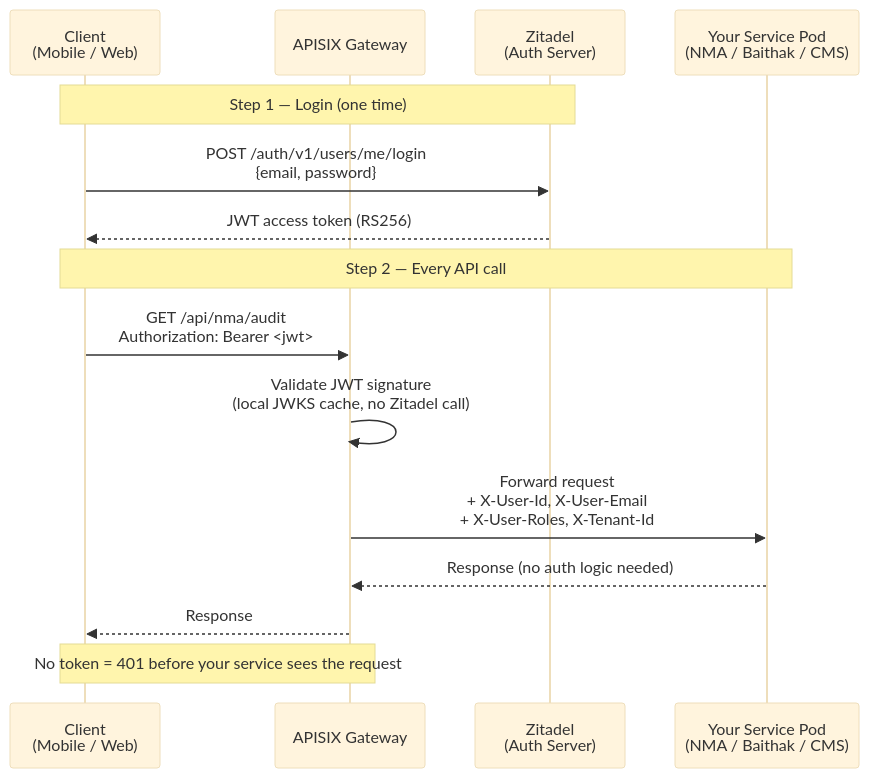
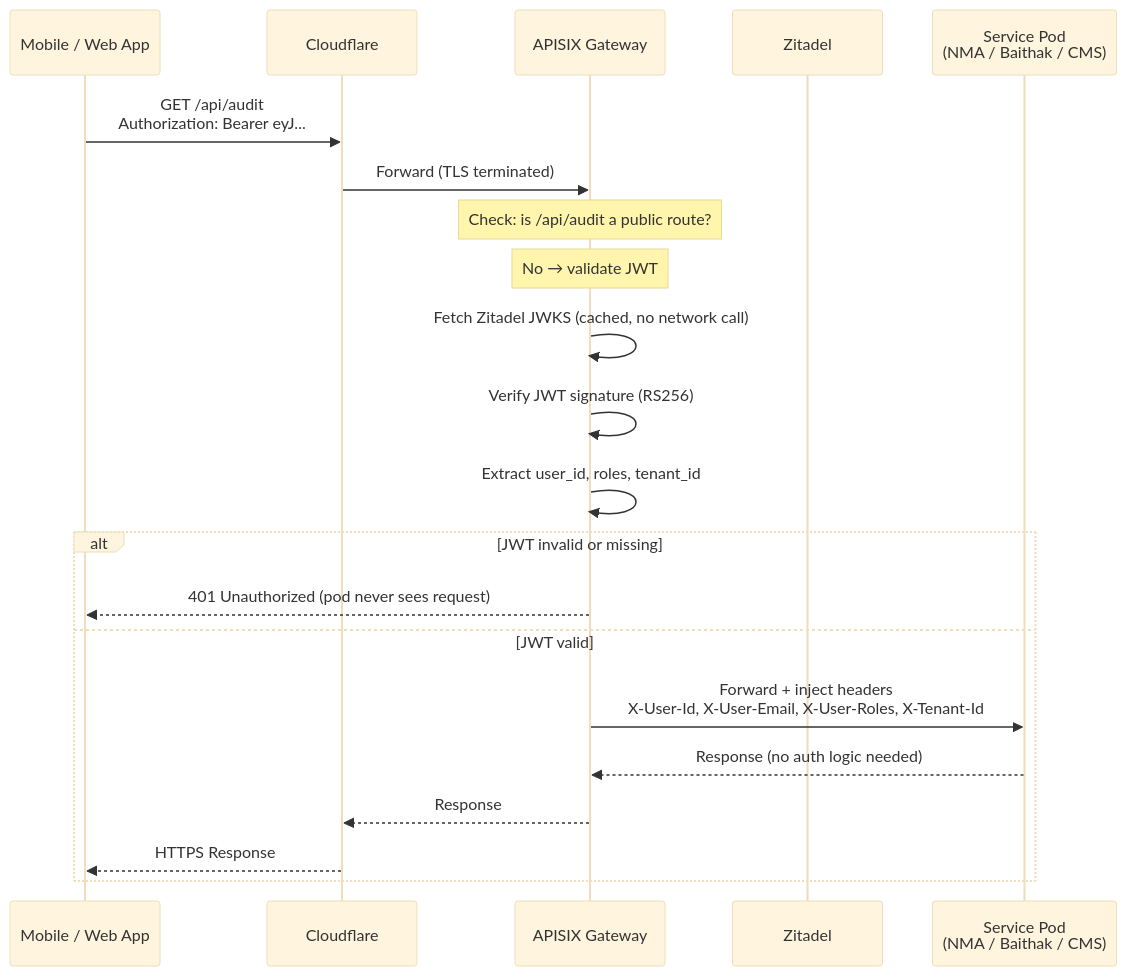
One commit to sfg-labs/infra-gateway changed the diagram in README.md. Above: the diagram before and after it, drawn with Mermaid (base theme). The commit also changed other lines of this file and 2 other files, not shown here.

First line of the commit message:
docs: clearer flow diagrams, security layers, WireGuard inter-node encryption

````diff
--- a/README.md
+++ b/README.md
@@ -67,20 +90,27 @@
 ```mermaid
 sequenceDiagram
-    participant Client as Client<br/>(Mobile / Web)
-    participant APISIX as APISIX Gateway
-    participant Zitadel as Zitadel<br/>(Auth Server)
-    participant Service as Your Service Pod<br/>(NMA / Baithak / CMS)
+    participant App as Mobile / Web App
+    participant CF as Cloudflare
+    participant GW as APISIX Gateway
+    participant Z as Zitadel
+    participant Pod as Service Pod<br/>(NMA / Baithak / CMS)
 
-    Note over Client,Zitadel: Step 1 — Login (one time)
-    Client->>Zitadel: POST /auth/v1/users/me/login<br/>{email, password}
-    Zitadel-->>Client: JWT access token (RS256)
+    App->>CF: GET /api/audit<br/>Authorization: Bearer eyJ...
+    CF->>GW: Forward (TLS terminated)
 
-    Note over Client,Service: Step 2 — Every API call
-    Client->>APISIX: GET /api/nma/audit<br/>Authorization: Bearer <jwt>
-    APISIX->>APISIX: Validate JWT signature<br/>(local JWKS cache, no Zitadel call)
-    APISIX->>Service: Forward request<br/>+ X-User-Id, X-User-Email<br/>+ X-User-Roles, X-Tenant-Id
-    Service-->>APISIX: Response (no auth logic needed)
-    APISIX-->>Client: Response
+    Note over GW: Check: is /api/audit a public route?
+    Note over GW: No → validate JWT
 
-    Note over Client,APISIX: No token = 401 before your service sees the request
+    GW->>GW: Fetch Zitadel JWKS (cached, no network call)
+    GW->>GW: Verify JWT signature (RS256)
+    GW->>GW: Extract user_id, roles, tenant_id
+
+    alt JWT invalid or missing
+        GW-->>App: 401 Unauthorized (pod never sees request)
+    else JWT valid
+        GW->>Pod: Forward + inject headers<br/>X-User-Id, X-User-Email, X-User-Roles, X-Tenant-Id
+        Pod-->>GW: Response (no auth logic needed)
+        GW-->>CF: Response
+        CF-->>App: HTTPS Response
+    end
 ```
````
